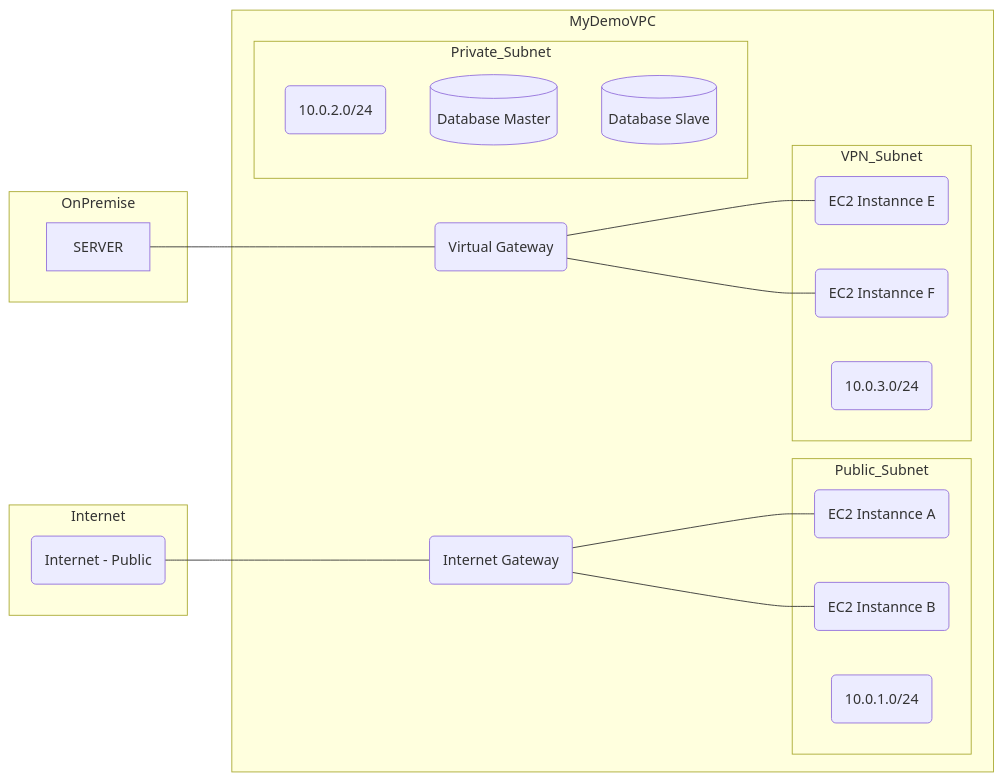
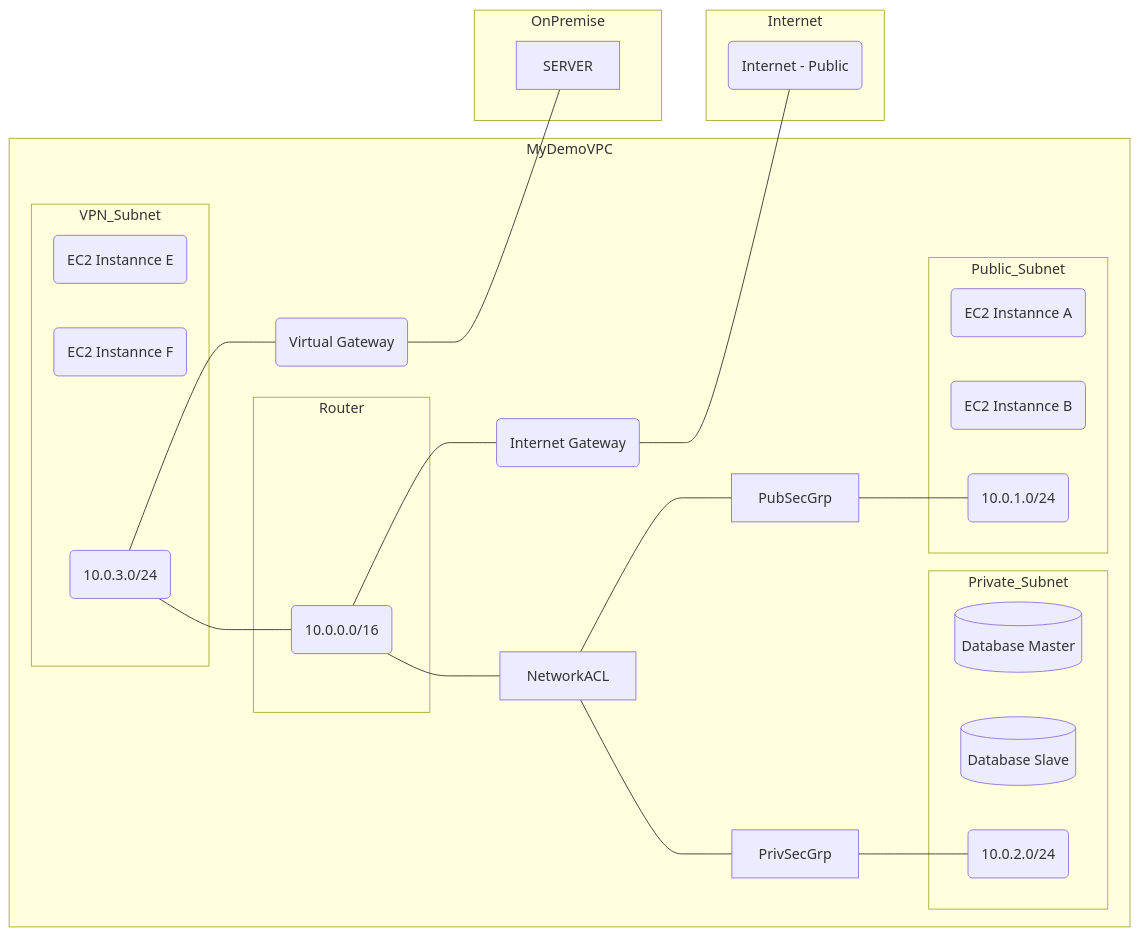
Before and after one commit to harryho/blog-hugo: the diagram in content/cloud/aws-note-03-vpc-4.md, drawn with Mermaid. The commit also changed other lines of this file and 2 other files, not shown here.

Commit message:
commit blog content Sun  8 Mar 2020 22:16:51 AEDT

```diff
--- a/content/cloud/aws-note-03-vpc-4.md
+++ b/content/cloud/aws-note-03-vpc-4.md
@@ -19,38 +19,51 @@
 {{<mermaid>}}
-graph RL
+graph LR
     InternetGW(Internet Gateway)
     VirtualGW(Virtual Gateway)
     INTER(Internet - Public)
     InternetGW --- INTER
     VirtualGW --- SERVER
     subgraph MyDemoVPC
-        EC2_A(EC2 Instannce A) --- InternetGW
-        EC2_B(EC2 Instannce B) --- InternetGW
-        EC2_E(EC2 Instannce E) --- VirtualGW
-        EC2_F(EC2 Instannce F) --- VirtualGW
+        MainRouteTable --- InternetGW
+        MainRouteTable --- NetworkACL
+        NetworkACL --- PubSecGrp
+        NetworkACL --- PrivSecGrp
+        EC2_A(EC2 Instannce A) 
+        EC2_B(EC2 Instannce B) 
+        EC2_E(EC2 Instannce E) 
+        EC2_F(EC2 Instannce F)
+        EC2_C[(Database Master)]
+        EC2_D[(Database Slave)]
+        PrivSecGrp --- PrivSubet
+        VPNSubnet --- VirtualGW
+        VPNSubnet --- MainRouteTable
+        PubSecGrp --- PubSubnet
+        subgraph Router
+            MainRouteTable(10.0.0.0/16)
+        end 
         subgraph Private_Subnet
              PrivSubet(10.0.2.0/24)
-             EC2_C[(Database Master)]
-             EC2_D[(Database Slave)]
+             EC2_C
+             EC2_D
+        end
+        subgraph Public_Subnet
+            PubSubnet(10.0.1.0/24)
+            EC2_A
+            EC2_B
         end
         subgraph VPN_Subnet
-             VPNIPv4(10.0.3.0/24)
+             VPNSubnet(10.0.3.0/24)
              EC2_E
              EC2_F
-        end
-        subgraph Public_Subnet
-            PubIPv4(10.0.1.0/24)
-            EC2_A
-            EC2_B
         end
     end
     InternetGW
     subgraph Internet
         INTER
     end
     subgraph OnPremise
         SERVER
     end
 
 
 {{</mermaid>}}
```
